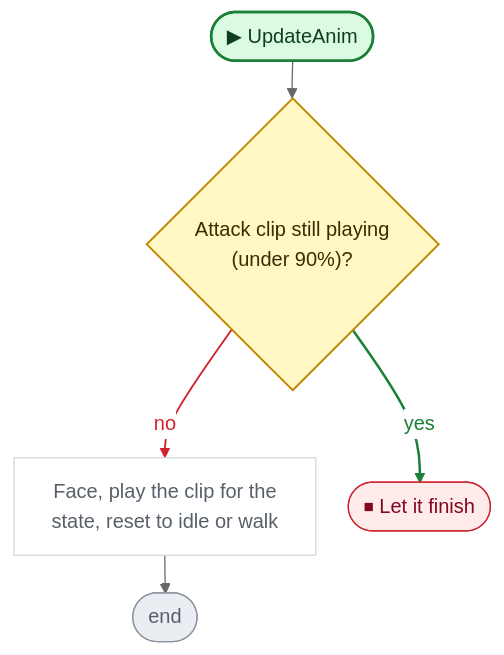
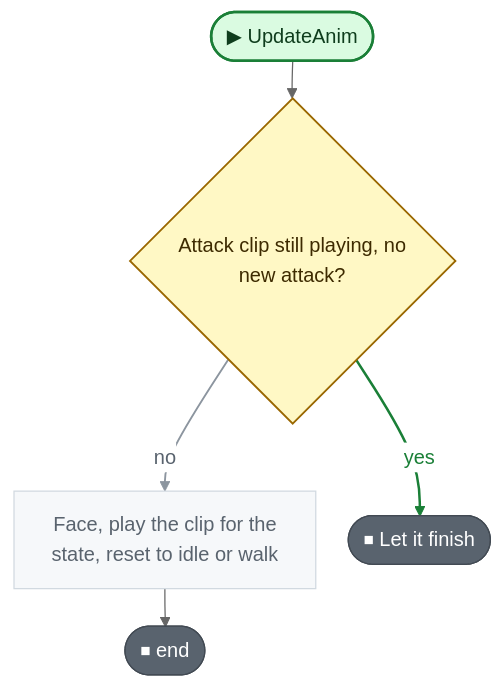
One commit to nataiai/Lord-of-the-Dungeon changed diagram 12 of 15 in CodeGraph~/graph/Player.cs.md. Above: the diagram before and after it, drawn with Mermaid (neutral theme). The commit also changed other lines of this file and 57 other files, not shown here.

````diff
--- a/CodeGraph~/graph/Player.cs.md
+++ b/CodeGraph~/graph/Player.cs.md
@@ -716,40 +698,40 @@
 ```mermaid
 ---
 config:
   flowchart:
     wrappingWidth: 260
     nodeSpacing: 26
     rankSpacing: 30
 ---
 flowchart TD
   nS(["▶ UpdateAnim"])
-  nd104f0{"Attack clip still playing<br>(under 90%)?"}
+  nd104f0{"Attack clip still playing, no<br>new attack?"}
   n019d10["Face, play the clip for the<br>state, reset to idle or walk"]
-  nE(["end"])
+  nE(["⏹ end"])
   nb2e4fc(["⏹ Let it finish"])
   nS --> nd104f0
   nd104f0 -->|no| n019d10
   nd104f0 -->|yes| nb2e4fc
   n019d10 --> nE
-  linkStyle 1 stroke:#cf222e,stroke-width:1.5px,color:#cf222e
+  linkStyle 1 stroke:#8c959f,stroke-width:1.5px,color:#59636e
   linkStyle 2 stroke:#1a7f37,stroke-width:2px,color:#1a7f37
   classDef unity fill:#dafbe1,stroke:#1a7f37,stroke-width:2px,color:#0f3d1d
   classDef start fill:#dafbe1,stroke:#1a7f37,stroke-width:2px,color:#0f3d1d
-  classDef calc fill:#ffffff,stroke:#d0d7de,color:#57606a
+  classDef calc fill:#f6f8fa,stroke:#d1d9e0,color:#59636e
   classDef calls fill:#ddf4ff,stroke:#0969da,stroke-width:2px,color:#0a3069
-  classDef ext fill:#ddf4ff,stroke:#0969da,stroke-width:2px,stroke-dasharray:5 3,color:#0a3069
-  classDef cond fill:#fff8c5,stroke:#bf8700,stroke-width:1.5px,color:#3d2a00
-  classDef loop fill:#f6f8fa,stroke:#57606a,color:#1f2328
-  classDef exit fill:#ffebe9,stroke:#cf222e,color:#82071e
+  classDef ext fill:#f6f8fa,stroke:#59636e,stroke-width:1.5px,stroke-dasharray:5 5,color:#1f2328
+  classDef cond fill:#fff8c5,stroke:#9a6700,stroke-width:1.5px,color:#3d2a00
+  classDef loop fill:#fff8c5,stroke:#9a6700,color:#3d2a00
+  classDef wait fill:#fff8c5,stroke:#9a6700,color:#3d2a00
+  classDef exit fill:#59636e,stroke:#424a53,color:#ffffff
+  classDef fin fill:#59636e,stroke:#424a53,color:#ffffff
+  classDef act fill:#ffffff,stroke:#59636e,stroke-width:1.5px,color:#1f2328
   classDef kill fill:#ffebe9,stroke:#cf222e,stroke-width:2px,color:#82071e
-  classDef spawn fill:#dafbe1,stroke:#1a7f37,stroke-width:2px,color:#0f3d1d
-  classDef wait fill:#fff1e5,stroke:#bc4c00,color:#4d1d00
-  classDef fin fill:#eaeef2,stroke:#8c959f,color:#57606a
   classDef join fill:#d0d7de,stroke:#8c959f,color:#57606a
   classDef ghdr fill:#f5f9ff,stroke:#f5f9ff,color:#0a3069,font-weight:bold
   class n019d10 calc
   class nd104f0 cond
   class nb2e4fc exit
   class nE fin
   class nS start
 ```
````
